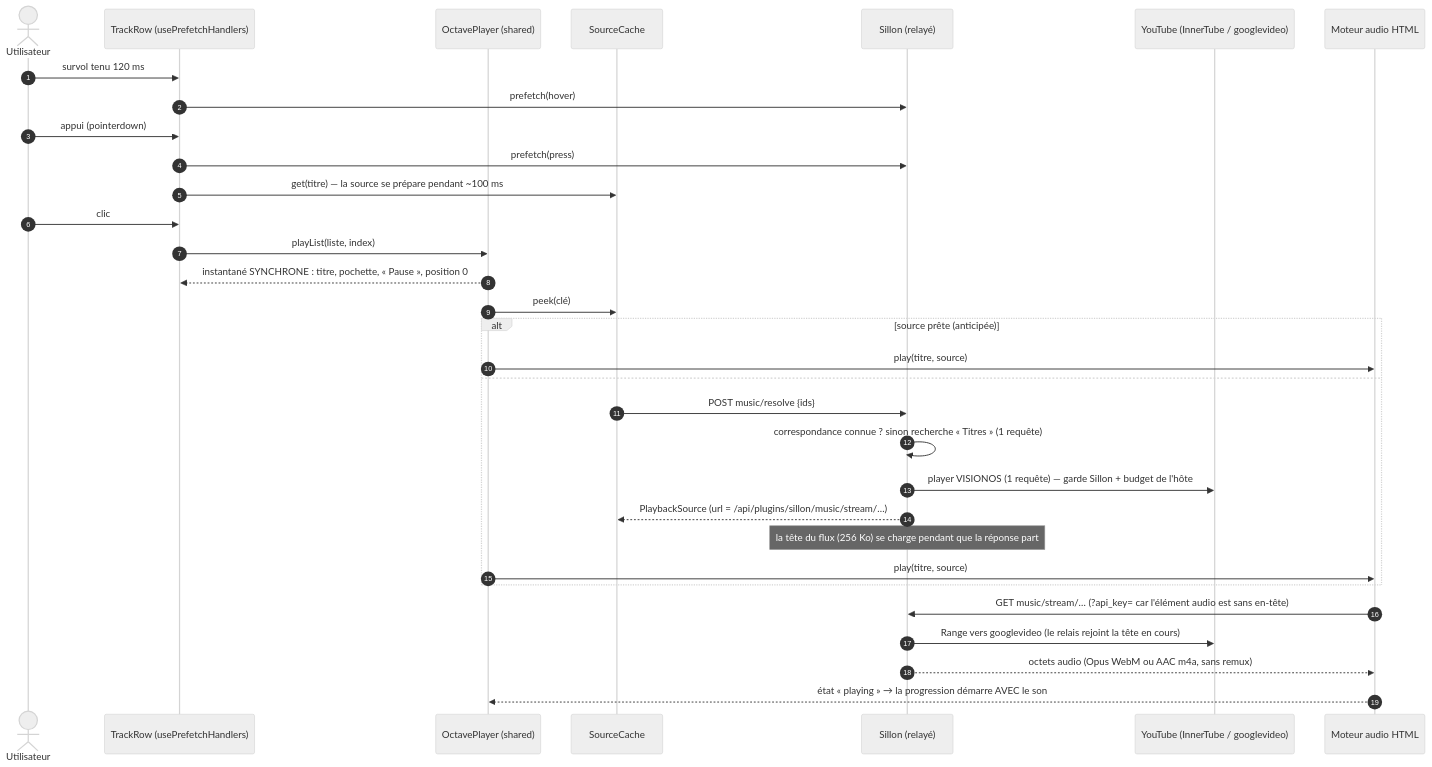
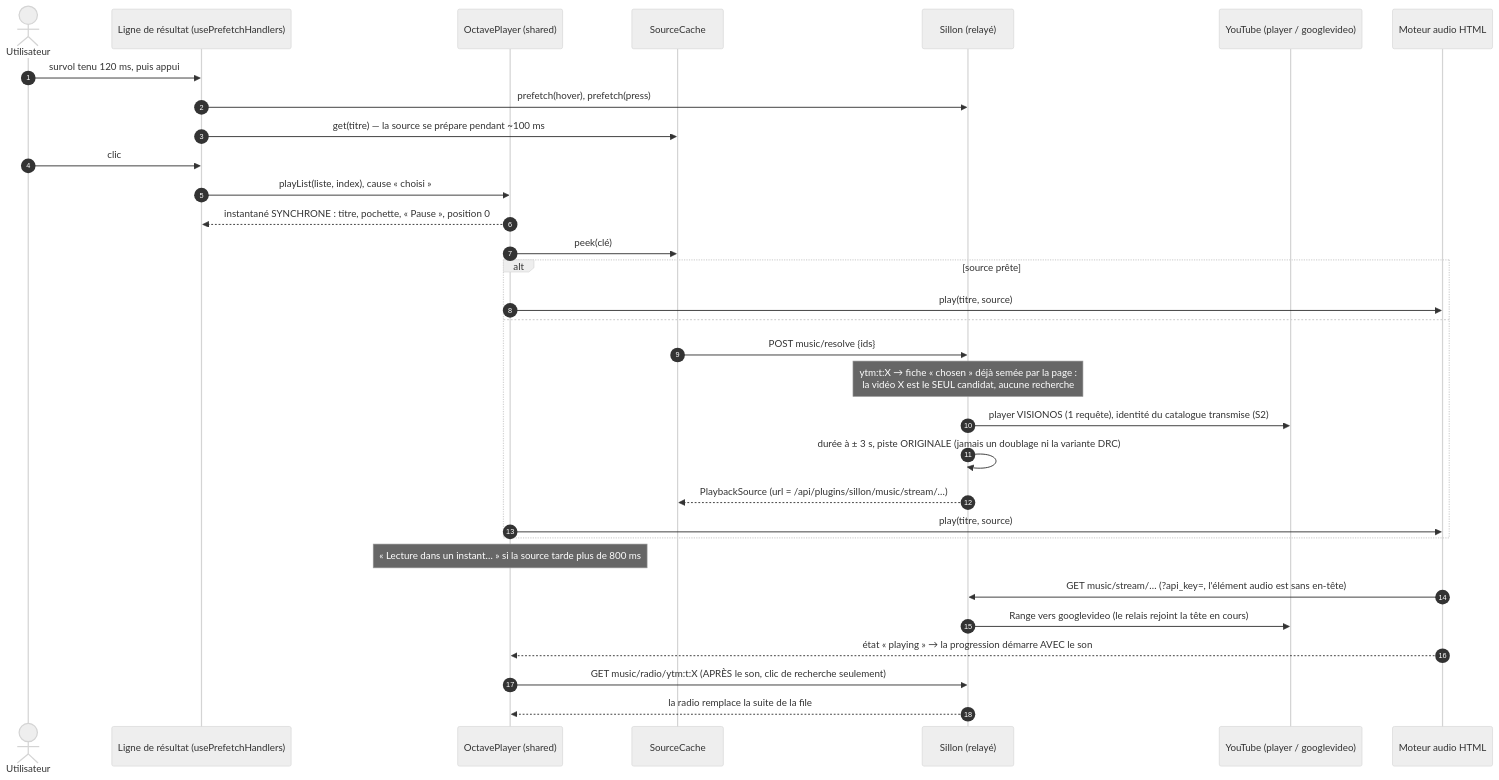
The fourth of 8 diagrams in docs/octave/CARTOGRAPHIE.md (Knaox/Tentacle-TV), drawn with Mermaid (neutral theme) before and after one commit. The commit also changed other lines of this file, not shown here.

Commit message:
docs(octave) : cartographie de l'intégration finale — catalogue YouTube Music, préchauffage, bureau délégué, titre choisi, radio, décisions et restes

````diff
--- a/docs/octave/CARTOGRAPHIE.md
+++ b/docs/octave/CARTOGRAPHIE.md
@@ -392,34 +434,34 @@
 ```mermaid
 sequenceDiagram
   autonumber
   actor U as Utilisateur
-  participant UI as TrackRow (usePrefetchHandlers)
+  participant UI as Ligne de résultat (usePrefetchHandlers)
   participant PL as OctavePlayer (shared)
   participant SC as SourceCache
   participant S as Sillon (relayé)
-  participant YT as YouTube (InnerTube / googlevideo)
+  participant YT as YouTube (player / googlevideo)
   participant E as Moteur audio HTML
-  U->>UI: survol tenu 120 ms
-  UI->>S: prefetch(hover)
-  U->>UI: appui (pointerdown)
-  UI->>S: prefetch(press)
+  U->>UI: survol tenu 120 ms, puis appui
+  UI->>S: prefetch(hover), prefetch(press)
   UI->>SC: get(titre) — la source se prépare pendant ~100 ms
   U->>UI: clic
-  UI->>PL: playList(liste, index)
+  UI->>PL: playList(liste, index), cause « choisi »
   PL-->>UI: instantané SYNCHRONE : titre, pochette, « Pause », position 0
   PL->>SC: peek(clé)
-  alt source prête (anticipée)
+  alt source prête
     PL->>E: play(titre, source)
   else
     SC->>S: POST music/resolve {ids}
-    S->>S: correspondance connue ? sinon recherche « Titres » (1 requête)
-    S->>YT: player VISIONOS (1 requête) — garde Sillon + budget de l'hôte
+    Note over S: ytm:t:X → fiche « chosen » déjà semée par la page :<br/>la vidéo X est le SEUL candidat, aucune recherche
+    S->>YT: player VISIONOS (1 requête), identité du catalogue transmise (S2)
+    S->>S: durée à ± 3 s, piste ORIGINALE (jamais un doublage ni la variante DRC)
     S-->>SC: PlaybackSource (url = /api/plugins/sillon/music/stream/…)
-    Note over S: la tête du flux (256 Ko) se charge pendant que la réponse part
     PL->>E: play(titre, source)
   end
-  E->>S: GET music/stream/… (?api_key= car l'élément audio est sans en-tête)
+  Note over PL: « Lecture dans un instant… » si la source tarde plus de 800 ms
+  E->>S: GET music/stream/… (?api_key=, l'élément audio est sans en-tête)
   S->>YT: Range vers googlevideo (le relais rejoint la tête en cours)
-  S-->>E: octets audio (Opus WebM ou AAC m4a, sans remux)
   E-->>PL: état « playing » → la progression démarre AVEC le son
+  PL->>S: GET music/radio/ytm:t:X (APRÈS le son, clic de recherche seulement)
+  S-->>PL: la radio remplace la suite de la file
 ```
````
